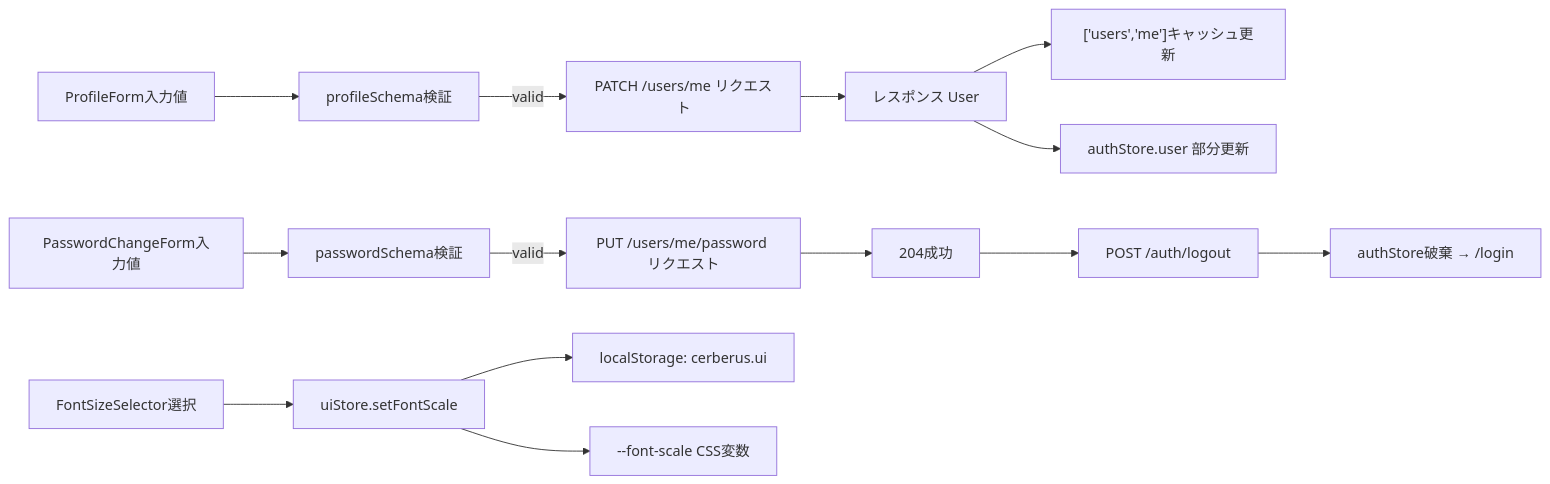
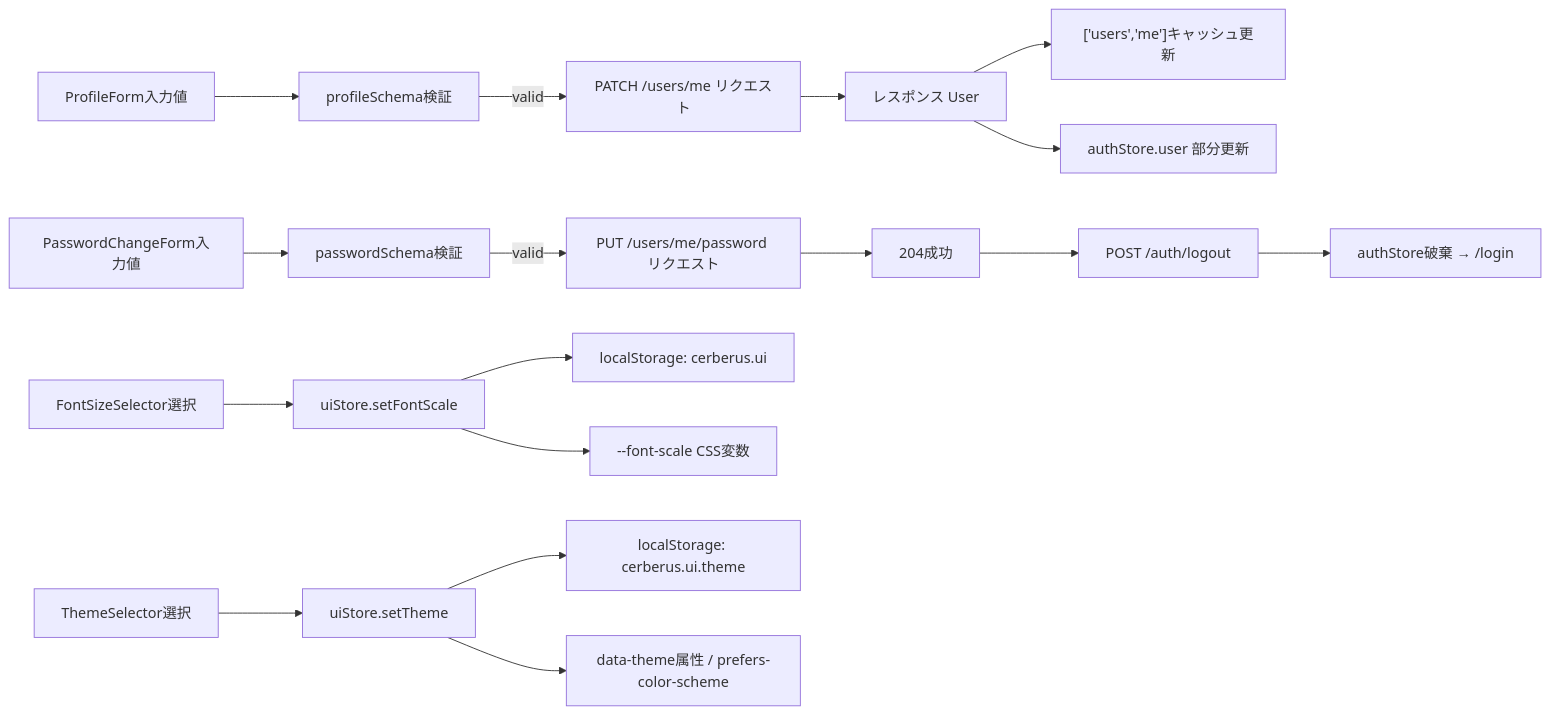
The fifth of 5 diagrams in docs/detailed_design/screen/09_settings.md (oikawa-d/task_management), drawn with Mermaid before and after one commit. The commit also changed other lines of this file and 86 other files, not shown here.

````diff
--- a/docs/detailed_design/screen/09_settings.md
+++ b/docs/detailed_design/screen/09_settings.md
@@ -288,18 +291,22 @@
 ```mermaid
 flowchart LR
     A["ProfileForm入力値"] --> B["profileSchema検証"]
     B -->|valid| C["PATCH /users/me リクエスト"]
     C --> D["レスポンス User"]
     D --> E["['users','me']キャッシュ更新"]
     D --> F["authStore.user 部分更新"]
 
     G["PasswordChangeForm入力値"] --> H["passwordSchema検証"]
     H -->|valid| I["PUT /users/me/password リクエスト"]
     I --> J["204成功"]
     J --> K["POST /auth/logout"]
     K --> L["authStore破棄 → /login"]
 
     M["FontSizeSelector選択"] --> N["uiStore.setFontScale"]
     N --> O["localStorage: cerberus.ui"]
     N --> P["--font-scale CSS変数"]
+
+    T["ThemeSelector選択"] --> U["uiStore.setTheme"]
+    U --> V["localStorage: cerberus.ui.theme"]
+    U --> W["data-theme属性 / prefers-color-scheme"]
 ```
````
